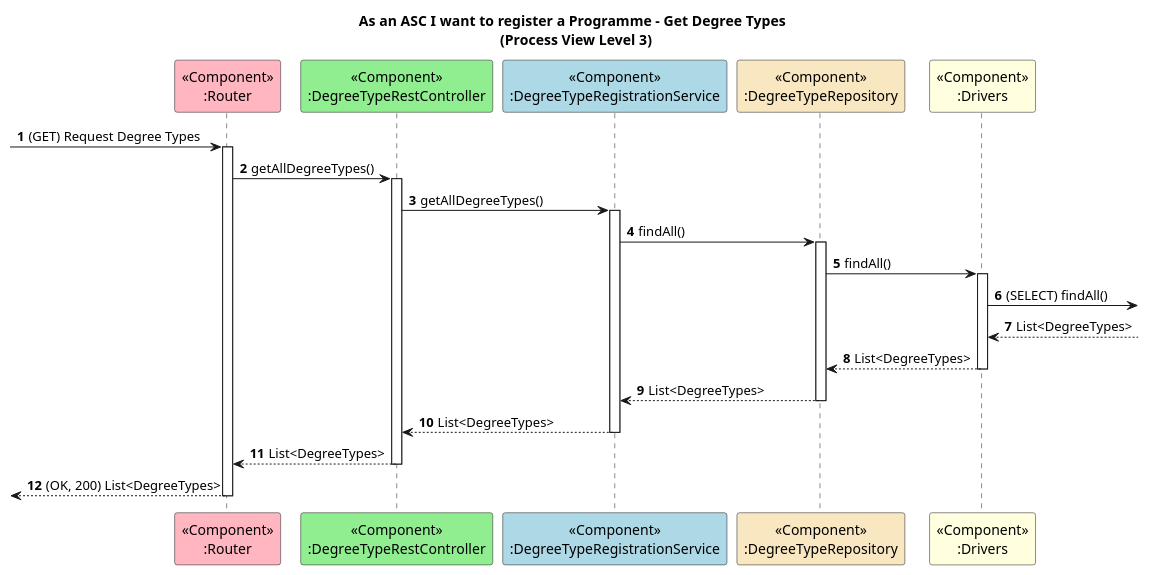
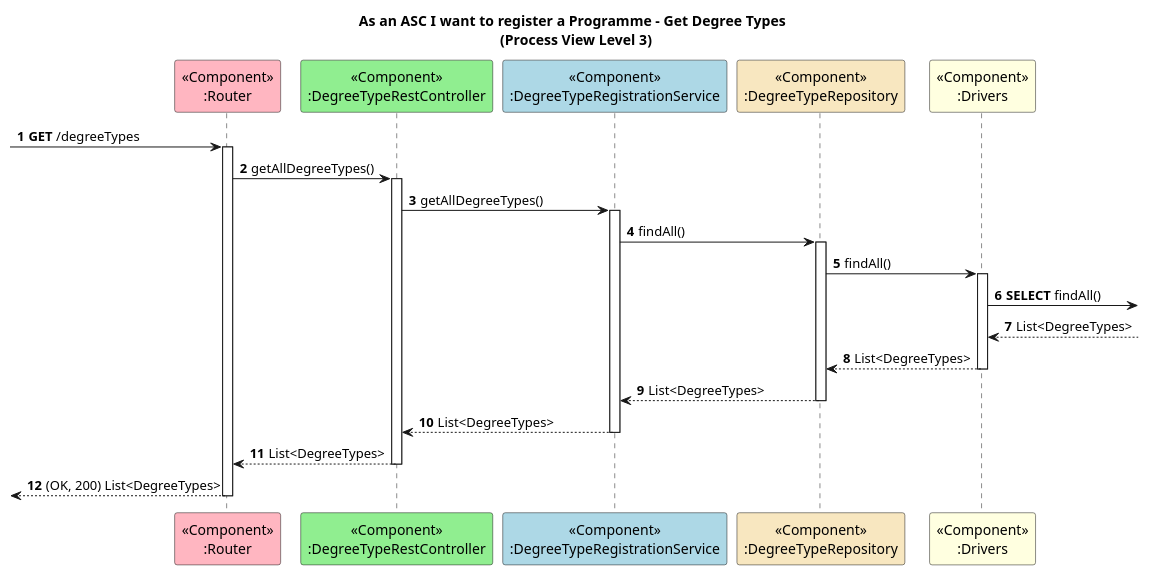
One commit to GasparISEP/DevOps-PAI changed the diagram in docs/US31/ProcessView/Level3getDegreeTypes.puml. Above: the diagram before and after it, drawn with PlantUML. The commit also changed 4 other files, not shown here.

Commit message:
Fix #523: Made corrections to ProcessView Level 2 and 3 diagrams

```diff
--- a/docs/US31/ProcessView/Level3getDegreeTypes.puml
+++ b/docs/US31/ProcessView/Level3getDegreeTypes.puml
@@ -1,26 +1,26 @@
 @startuml
 autonumber
 
 title As an ASC I want to register a Programme - Get Degree Types \n (Process View Level 3)
 
 
 participant "<<Component>>\n:Router" as RT #lightpink
 participant "<<Component>>\n:DegreeTypeRestController" as C #lightgreen
 participant "<<Component>>\n:DegreeTypeRegistrationService" as S #lightblue
 participant "<<Component>>\n:DegreeTypeRepository" as R #strategy
 participant "<<Component>>\n:Drivers" as Drivers #lightyellow
 
 
- -> RT ++: (GET) Request Degree Types
+ -> RT ++: **GET** /degreeTypes
  RT -> C ++: getAllDegreeTypes()
 C -> S ++: getAllDegreeTypes()
 S -> R ++: findAll()
 R -> Drivers ++: findAll()
-Drivers -> : (SELECT) findAll()
+Drivers -> : **SELECT** findAll()
 Drivers <-- : List<DegreeTypes>
 Drivers --> R --: List<DegreeTypes>
 R --> S --: List<DegreeTypes>
 S --> C --: List<DegreeTypes>
 RT <-- C --: List<DegreeTypes>
  <-- RT --: (OK, 200) List<DegreeTypes>
 @enduml
```
